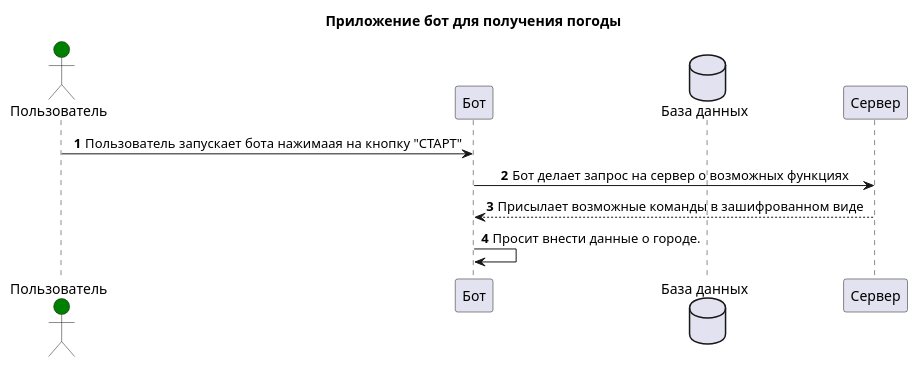
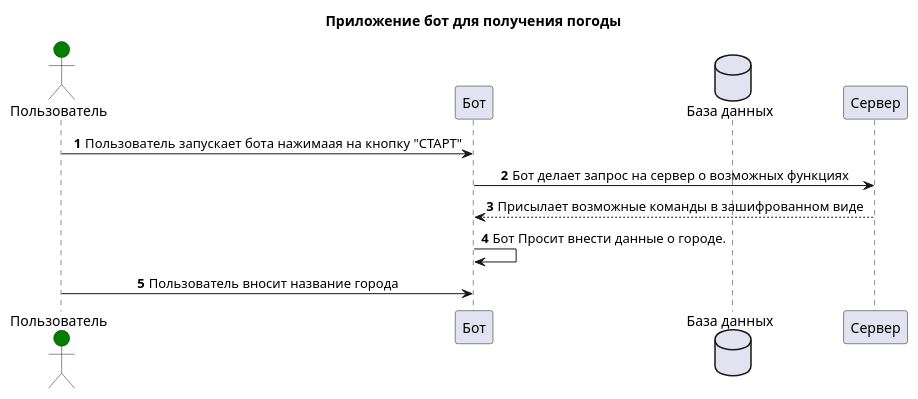
The diagram in src/Bot_teacher.puml (pilligrim28/Bot_For_Teacher), drawn with PlantUML before and after one commit. The commit also changed 1 other file, not shown here.

Commit message:
PlantUml bot

```diff
--- a/src/Bot_teacher.puml
+++ b/src/Bot_teacher.puml
@@ -1,30 +1,32 @@
 @startuml
 skinparam{
     Maxessagesize 150
 }
 skinparam sequence{
     ParticipantPadding 30
     MessageAlign center
 }
 Actor "Пользователь" as User  #green
 participant "Бот" as Bot
 database "База данных" as db order 8
 participant "Сервер" as Server order 10
 /' participant "Клиентское приложение для водителей" as Driver order 30 #5f5 '/
 
 /'queue "WebSocket" as br order 20'/
 autonumber
 skinparam{
     Maxessagesize 200
 }
 skinparam sequence{
     ParticipantPadding 30
     MessageAlign center
 }
 title "Приложение бот для получения погоды"
 User -> Bot :Пользователь запускает бота нажимаая на кнопку "СТАРТ"
 Bot -> Server: Бот делает запрос на сервер о возможных функциях
 Server --> Bot: Присылает возможные команды в зашифрованном виде
-Bot ->Bot: Просит внести данные о городе.
+Bot ->Bot: Бот Просит внести данные о городе.
+User-> Bot: Пользователь вносит название города
+
 
 @enduml
```
